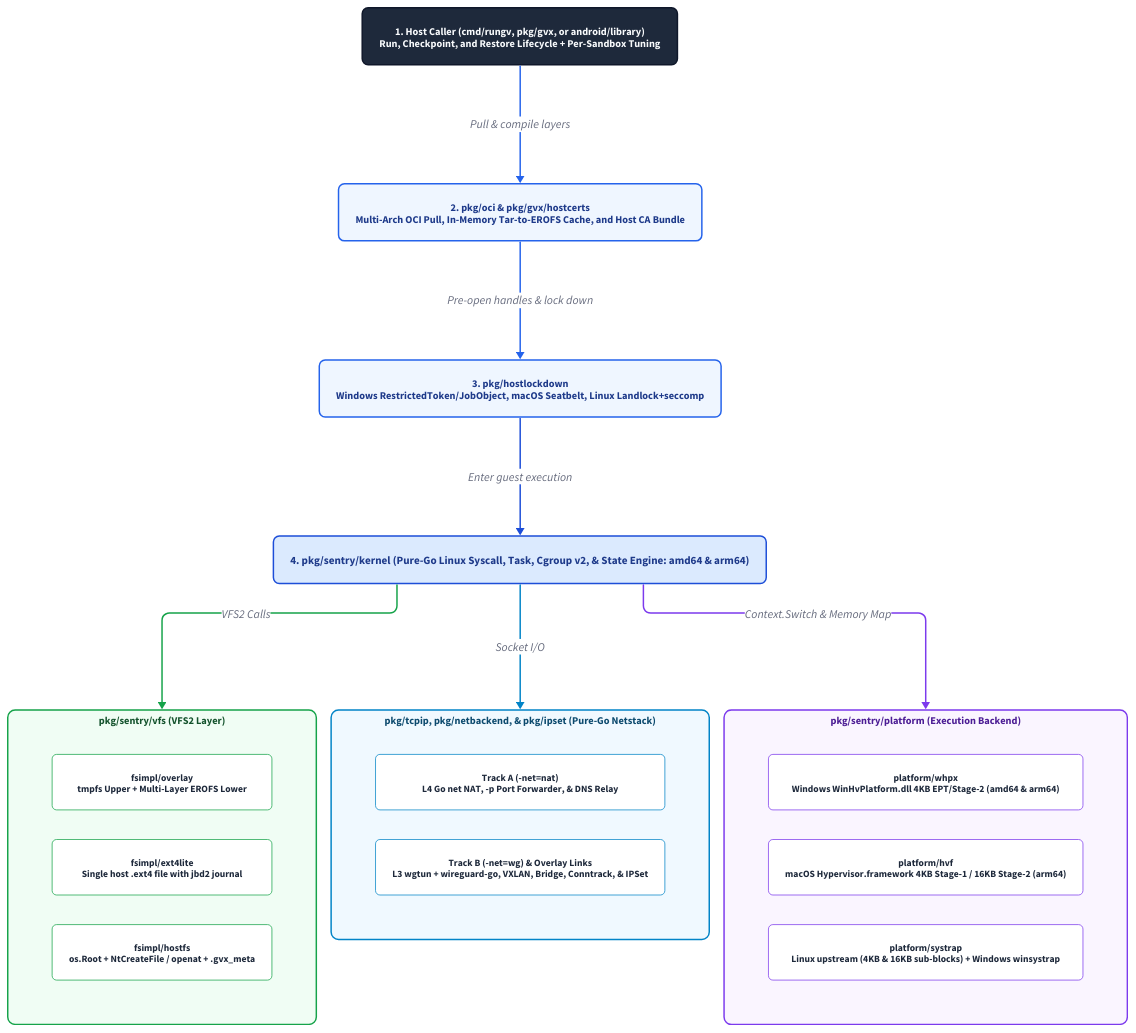
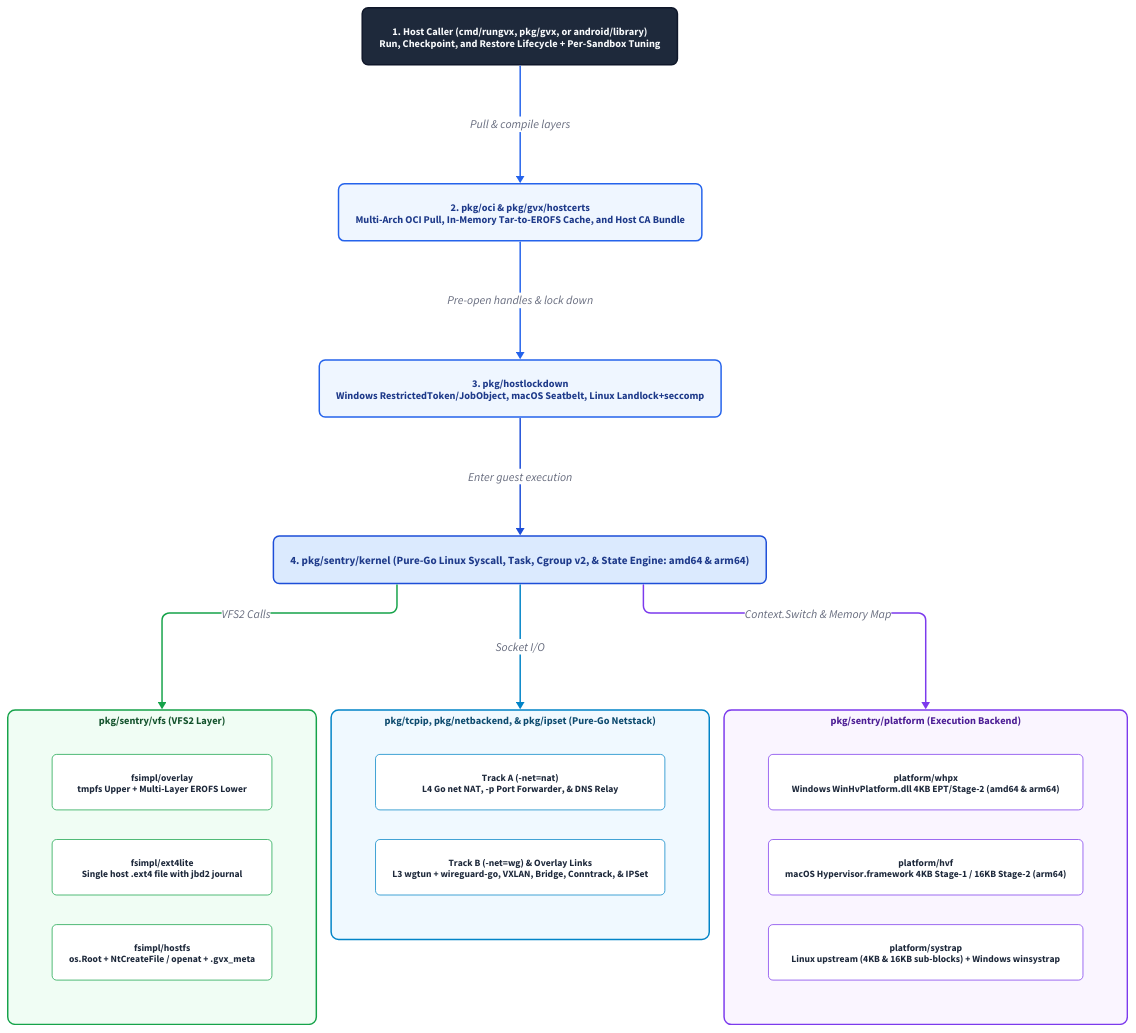
Before and after one commit to gfire-sigs/gvx: the diagram in docs/assets/arch-overview.d2, drawn with D2. The commit also changed 27 other files, not shown here.

```diff
--- a/docs/assets/arch-overview.d2
+++ b/docs/assets/arch-overview.d2
@@ -1,168 +1,168 @@
 vars: {
   d2-config: {
     layout-engine: elk
     pad: 24
   }
 }
 
 direction: down
 
 classes: {
   stage: {
     style: {
       fill: "#EFF6FF"
       stroke: "#2563EB"
       stroke-width: 2
       font-color: "#1E3A8A"
       border-radius: 8
       font-size: 14
       bold: true
     }
   }
   sentry: {
     style: {
       fill: "#DBEAFE"
       stroke: "#1D4ED8"
       stroke-width: 2
       font-color: "#1E3A8A"
       border-radius: 8
       font-size: 15
       bold: true
     }
   }
   group_vfs: {
     style: {
       fill: "#F0FDF4"
       stroke: "#16A34A"
       stroke-width: 2
       font-color: "#14532D"
       border-radius: 10
       font-size: 14
       bold: true
     }
   }
   group_net: {
     style: {
       fill: "#F0F9FF"
       stroke: "#0284C7"
       stroke-width: 2
       font-color: "#0C4A6E"
       border-radius: 10
       font-size: 14
       bold: true
     }
   }
   group_plat: {
     style: {
       fill: "#FAF5FF"
       stroke: "#7C3AED"
       stroke-width: 2
       font-color: "#4C1D95"
       border-radius: 10
       font-size: 14
       bold: true
     }
   }
   item: {
     style: {
       fill: "#FFFFFF"
       stroke: "#94A3B8"
       stroke-width: 1
       font-color: "#1E293B"
       border-radius: 6
       font-size: 13
     }
   }
 }
 
-hostapp: "1. Host Caller (cmd/rungv, pkg/gvx, or android/library)\nRun, Checkpoint, and Restore Lifecycle + Per-Sandbox Tuning" {
+hostapp: "1. Host Caller (cmd/rungvx, pkg/gvx, or android/library)\nRun, Checkpoint, and Restore Lifecycle + Per-Sandbox Tuning" {
   class: stage
   style.fill: "#1E293B"
   style.font-color: "#F8FAFC"
   style.stroke: "#0F172A"
 }
 
 oci: "2. pkg/oci & pkg/gvx/hostcerts\nMulti-Arch OCI Pull, In-Memory Tar-to-EROFS Cache, and Host CA Bundle" {
   class: stage
 }
 
 lockdown: "3. pkg/hostlockdown\nWindows RestrictedToken/JobObject, macOS Seatbelt, Linux Landlock+seccomp" {
   class: stage
 }
 
 sentry: "4. pkg/sentry/kernel (Pure-Go Linux Syscall, Task, Cgroup v2, & State Engine: amd64 & arm64)" {
   class: sentry
 }
 
 hostapp -> oci: "Pull & compile layers" {
   style.stroke: "#2563EB"
   style.stroke-width: 2
 }
 oci -> lockdown: "Pre-open handles & lock down" {
   style.stroke: "#2563EB"
   style.stroke-width: 2
 }
 lockdown -> sentry: "Enter guest execution" {
   style.stroke: "#1D4ED8"
   style.stroke-width: 2
 }
 
 vfs: "pkg/sentry/vfs (VFS2 Layer)" {
   class: group_vfs
   grid-columns: 1
   overlay: "fsimpl/overlay\ntmpfs Upper + Multi-Layer EROFS Lower" {
     class: item
     style.stroke: "#16A34A"
   }
   ext4lite: "fsimpl/ext4lite\nSingle host .ext4 file with jbd2 journal" {
     class: item
     style.stroke: "#16A34A"
   }
   hostfs: "fsimpl/hostfs\nos.Root + NtCreateFile / openat + .gvx_meta" {
     class: item
     style.stroke: "#16A34A"
   }
 }
 
 net: "pkg/tcpip, pkg/netbackend, & pkg/ipset (Pure-Go Netstack)" {
   class: group_net
   grid-columns: 1
   nat: "Track A (-net=nat)\nL4 Go net NAT, -p Port Forwarder, & DNS Relay" {
     class: item
     style.stroke: "#0284C7"
   }
   wg: "Track B (-net=wg) & Overlay Links\nL3 wgtun + wireguard-go, VXLAN, Bridge, Conntrack, & IPSet" {
     class: item
     style.stroke: "#0284C7"
   }
 }
 
 platform: "pkg/sentry/platform (Execution Backend)" {
   class: group_plat
   grid-columns: 1
   whpx: "platform/whpx\nWindows WinHvPlatform.dll 4KB EPT/Stage-2 (amd64 & arm64)" {
     class: item
     style.stroke: "#7C3AED"
   }
   hvf: "platform/hvf\nmacOS Hypervisor.framework 4KB Stage-1 / 16KB Stage-2 (arm64)" {
     class: item
     style.stroke: "#7C3AED"
   }
   systrap: "platform/systrap\nLinux upstream (4KB & 16KB sub-blocks) + Windows winsystrap" {
     class: item
     style.stroke: "#7C3AED"
   }
 }
 
 sentry -> vfs: "VFS2 Calls" {
   style.stroke: "#16A34A"
   style.stroke-width: 2
 }
 sentry -> net: "Socket I/O" {
   style.stroke: "#0284C7"
   style.stroke-width: 2
 }
 sentry -> platform: "Context.Switch & Memory Map" {
   style.stroke: "#7C3AED"
   style.stroke-width: 2
 }
```
